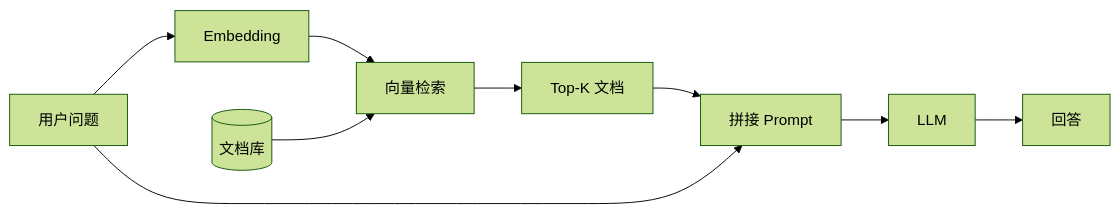
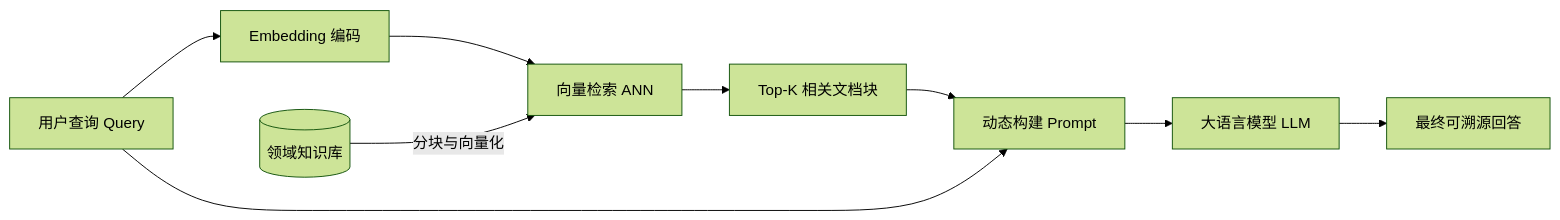
The diagram in chapters/08-embedding-rag.md (yingwang/llm-tutorial), drawn with Mermaid (forest theme) before and after one commit. The commit also changed other lines of this file and 29 other files, not shown here.

````diff
--- a/chapters/08-embedding-rag.md
+++ b/chapters/08-embedding-rag.md
@@ -141,12 +151,12 @@
 ```mermaid
 graph LR
-    Q[用户问题] --> E[Embedding]
-    E --> R[向量检索]
-    R --> C[Top-K 文档]
-    C --> P[拼接 Prompt]
+    Q[用户查询 Query] --> E[Embedding 编码]
+    E --> R[向量检索 ANN]
+    R --> C[Top-K 相关文档块]
+    C --> P[动态构建 Prompt]
     Q --> P
-    P --> L[LLM]
-    L --> A[回答]
+    P --> L[大语言模型 LLM]
+    L --> A[最终可溯源回答]
 
-    D[(文档库)] --> R
+    D[(领域知识库)] -->|分块与向量化| R
 ```
````
